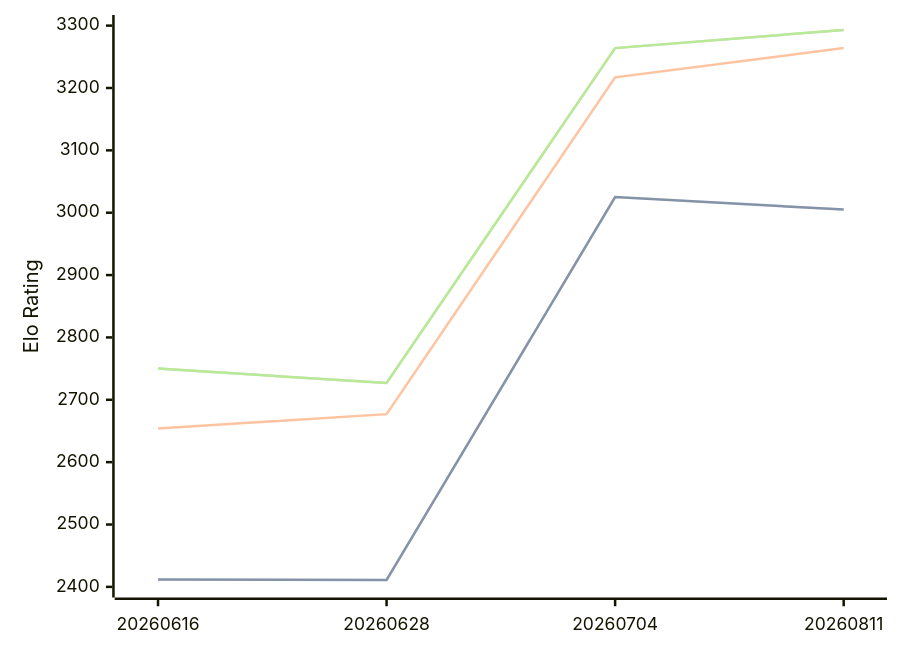
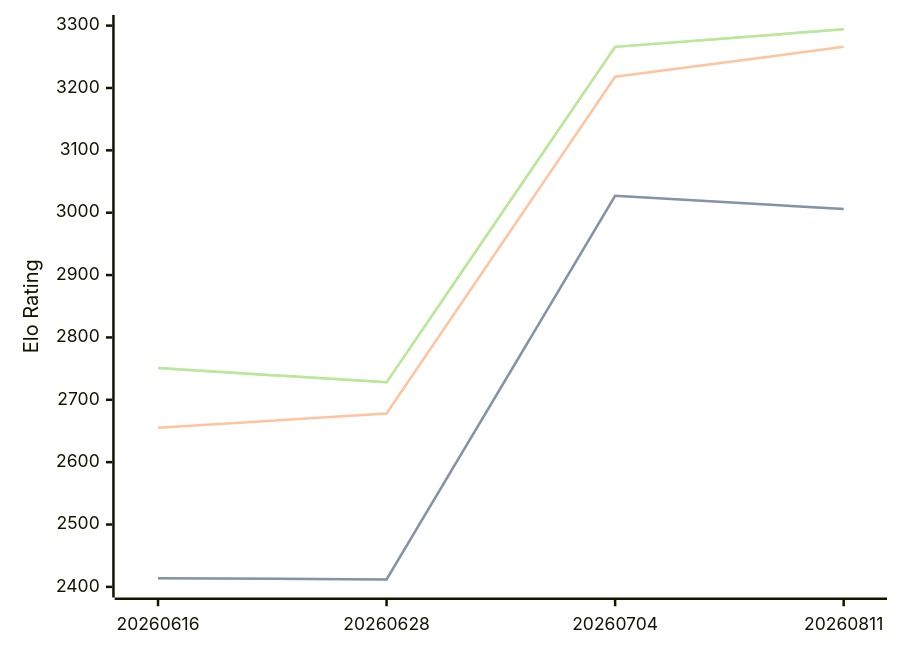
One commit to computer-chess-index/cci changed the diagram in engines/Askaig.md. Above: the diagram before and after it, drawn with Mermaid. The commit also changed other lines of this file, not shown here.

Commit message:
Update CCI Ratings (ELO VLTC) - 2026-10-09

````diff
--- a/engines/Askaig.md
+++ b/engines/Askaig.md
@@ -37,11 +37,11 @@
 ```mermaid
 %%{init: {"theme":"base","themeVariables":{"seriesColors:['#a3a3a3','#222221','#faa371']}}}%%
 xychart-beta
   x-axis ["20260616", "20260628", "20260704", "20260811"]
   y-axis "Elo Rating" 2400 --> 3300
-  line "" [2412, 2411, 3025, 3005]
-  line "STC (8.0+0.08s)" [2412, 2411, 3025, 3005]
-  line "LTC (60.0+0.60s)" [2654, 2677, 3217, 3264]
-  line "" [2750, 2727, 3264, 3293]
-  line "VLTC (2m24s+1.12s)" [2750, 2727, 3264, 3293]
+  line "" [2414, 2412, 3027, 3006]
+  line "STC (8.0+0.08s)" [2414, 2412, 3027, 3006]
+  line "LTC (60.0+0.60s)" [2655, 2678, 3218, 3266]
+  line "" [2751, 2728, 3266, 3294]
+  line "VLTC (2m24s+1.12s)" [2751, 2728, 3266, 3294]
 ```
````
